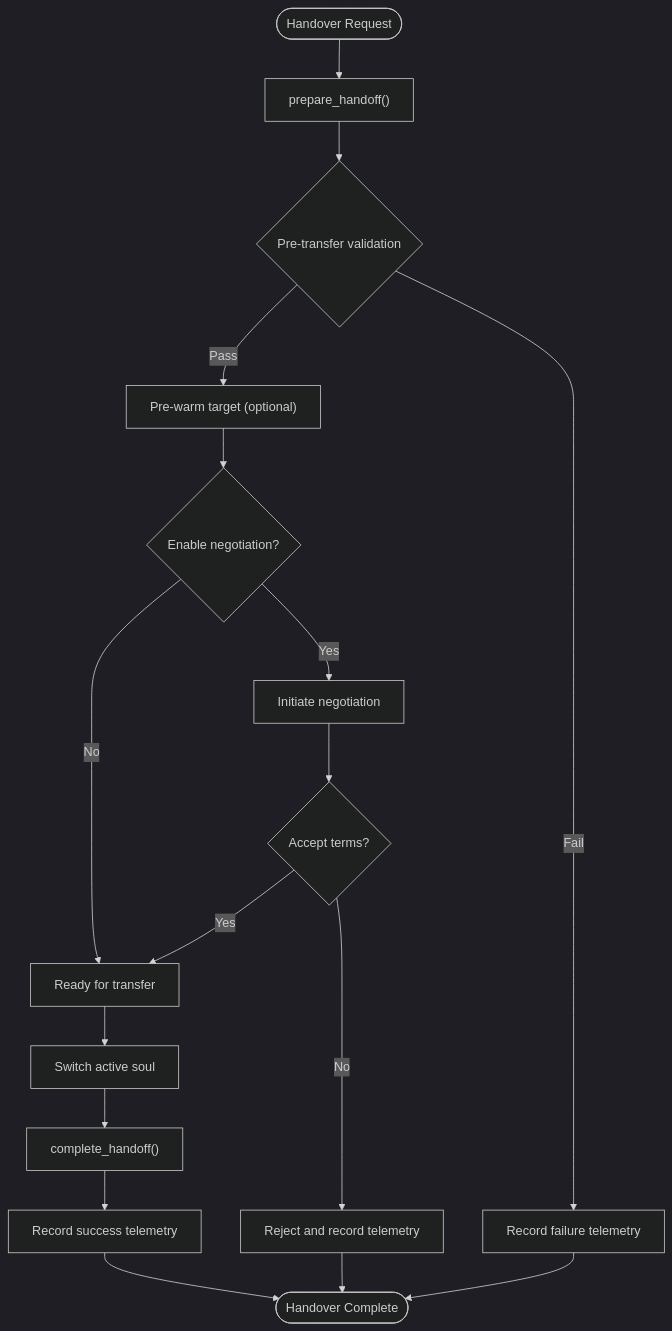
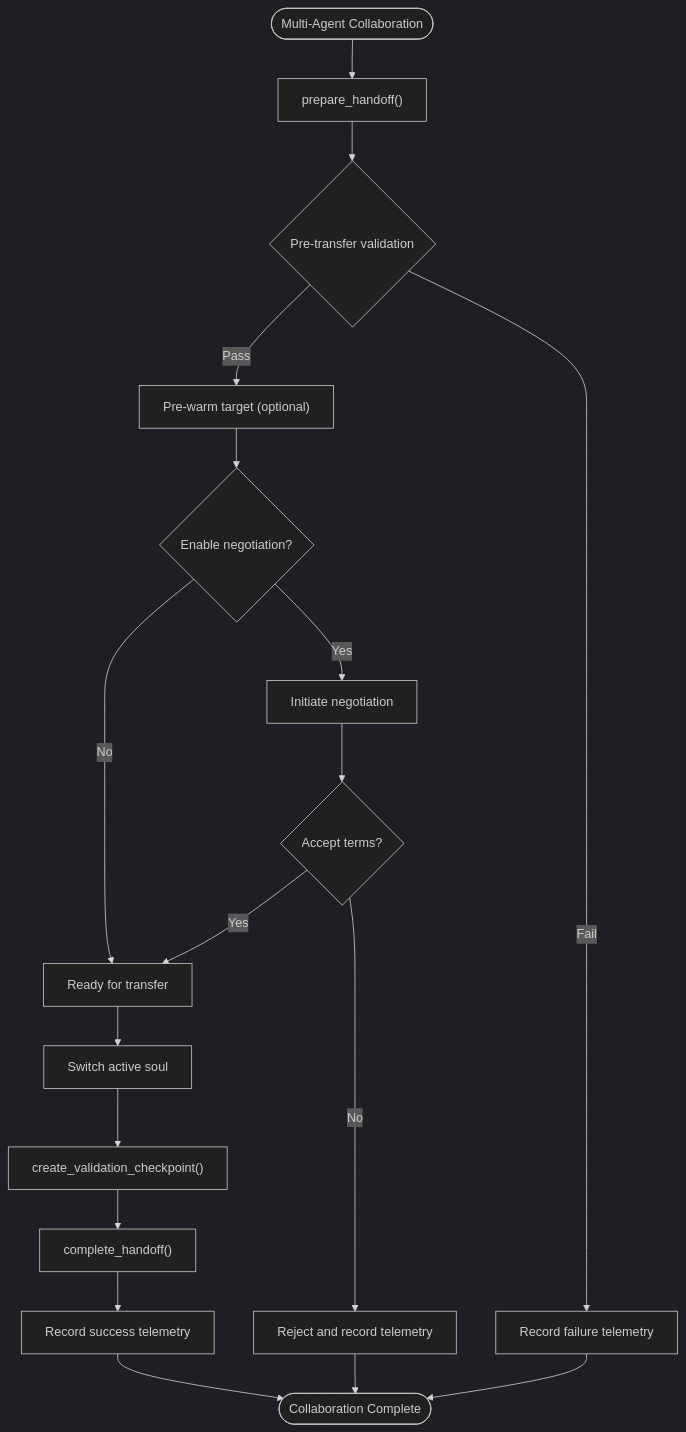
Before and after one commit to Moeabdelaziz007/Aether-Voice-OS: the fifth of 13 diagrams in .qoder/repowiki/en/content/AI Integration Layer/AI Integration Layer.md, drawn with Mermaid (dark theme). The commit also changed other lines of this file and 29 other files, not shown here.

````diff
--- a/.qoder/repowiki/en/content/AI Integration Layer/AI Integration Layer.md
+++ b/.qoder/repowiki/en/content/AI Integration Layer/AI Integration Layer.md
@@ -237,19 +285,20 @@
 ```mermaid
 flowchart TD
-Start(["Handover Request"]) --> Prepare["prepare_handoff()"]
+Start(["Multi-Agent Collaboration"]) --> Prepare["prepare_handoff()"]
 Prepare --> Validate{"Pre-transfer validation"}
 Validate --> |Pass| PreWarm["Pre-warm target (optional)"]
 Validate --> |Fail| Fail["Record failure telemetry"]
 PreWarm --> Negotiate{"Enable negotiation?"}
 Negotiate --> |Yes| Terms["Initiate negotiation"]
 Negotiate --> |No| Ready["Ready for transfer"]
 Terms --> Accept{"Accept terms?"}
 Accept --> |Yes| Ready
 Accept --> |No| Reject["Reject and record telemetry"]
 Ready --> Transfer["Switch active soul"]
-Transfer --> Complete["complete_handoff()"]
+Transfer --> ValidateCheckpoint["create_validation_checkpoint()"]
+ValidateCheckpoint --> Complete["complete_handoff()"]
 Complete --> Success["Record success telemetry"]
-Success --> End(["Handover Complete"])
+Success --> End(["Collaboration Complete"])
 Reject --> End
 Fail --> End
 ```
````
